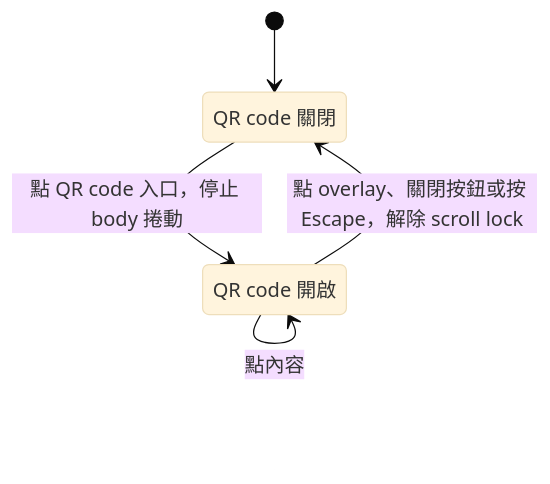
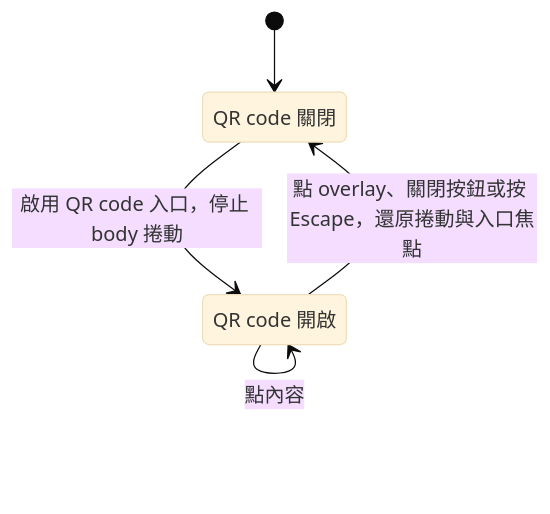
Before and after one commit to bingyangchen/bingyangchen.github.io: the third of 3 diagrams in docs/specs/site.md, drawn with Mermaid (base theme). The commit also changed other lines of this file and 11 other files, not shown here.

````diff
--- a/docs/specs/site.md
+++ b/docs/specs/site.md
@@ -185,9 +191,9 @@
 ```mermaid
 stateDiagram-v2
   state "QR code 關閉" as qr_closed
   state "QR code 開啟" as qr_open
   [*] --> qr_closed
-  qr_closed --> qr_open: 點 QR code 入口，停止 body 捲動
+  qr_closed --> qr_open: 啟用 QR code 入口，停止 body 捲動
   qr_open --> qr_open: 點內容
-  qr_open --> qr_closed: 點 overlay、關閉按鈕或按 Escape，解除 scroll lock
+  qr_open --> qr_closed: 點 overlay、關閉按鈕或按 Escape，還原捲動與入口焦點
 ```
````
